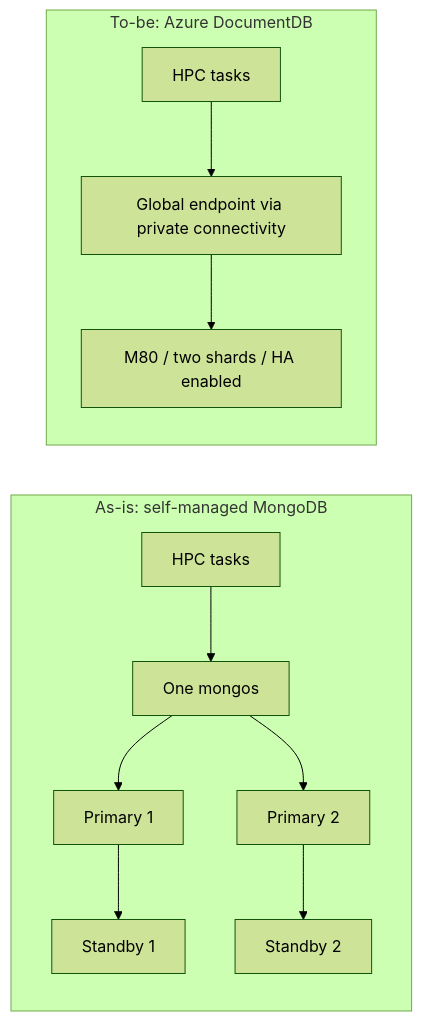
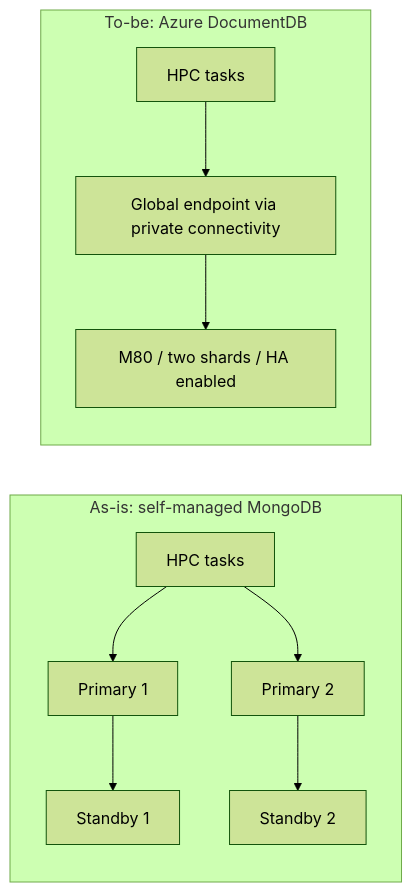
One commit to suzyvaque/Azure_Mongo_LoadTest_ChurnBench changed the diagram in blog/hpc-mongodb-to-documentdb-reference.md. Above: the diagram before and after it, drawn with Mermaid (forest theme). The commit also changed other lines of this file and 2 other files, not shown here.

````diff
--- a/blog/hpc-mongodb-to-documentdb-reference.md
+++ b/blog/hpc-mongodb-to-documentdb-reference.md
@@ -30,14 +30,13 @@
 ```mermaid
 flowchart LR
     subgraph Existing["As-is: self-managed MongoDB"]
-        TasksA[HPC tasks] --> Router[One mongos]
-        Router --> PrimaryA[Primary 1]
-        Router --> PrimaryB[Primary 2]
+        TasksA[HPC tasks] --> PrimaryA[Primary 1]
+        TasksA --> PrimaryB[Primary 2]
         PrimaryA --> StandbyA[Standby 1]
         PrimaryB --> StandbyB[Standby 2]
     end
     subgraph Selected["To-be: Azure DocumentDB"]
         TasksB[HPC tasks] --> Endpoint[Global endpoint via private connectivity]
         Endpoint --> Cluster[M80 / two shards / HA enabled]
     end
 ```
````
